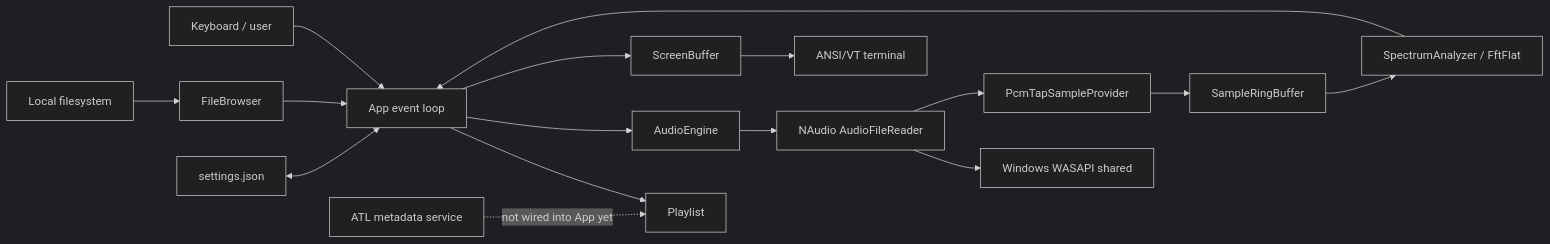
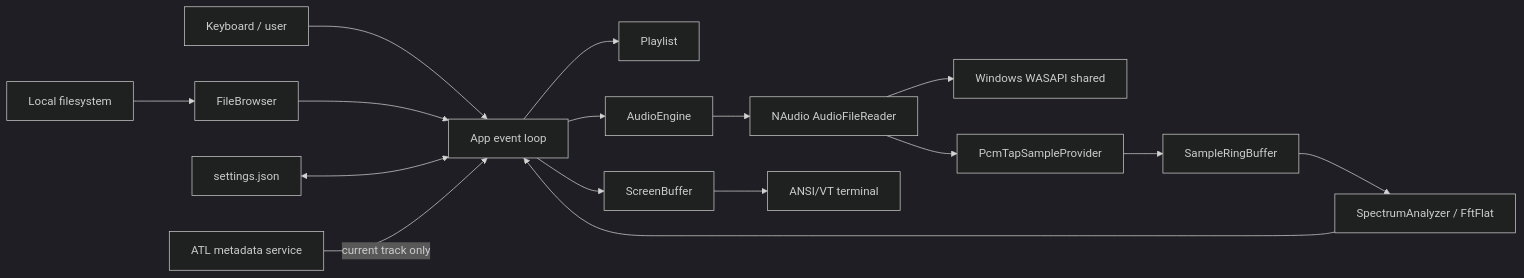
Before and after one commit to Geckon01/YACPlayer: the first of 3 diagrams in docs/ARCHITECTURE.md, drawn with Mermaid (dark theme). The commit also changed other lines of this file and 6 other files, not shown here.

Commit message:
feat(metadata): load tags for the current track

````diff
--- a/docs/ARCHITECTURE.md
+++ b/docs/ARCHITECTURE.md
@@ -23,18 +23,18 @@
 ```mermaid
 flowchart LR
     User["Keyboard / user"] --> App["App event loop"]
     FS["Local filesystem"] --> Browser["FileBrowser"]
     Browser --> App
     App --> Playlist["Playlist"]
     App --> Audio["AudioEngine"]
     Audio --> Reader["NAudio AudioFileReader"]
     Reader --> WASAPI["Windows WASAPI shared"]
     Reader --> Tap["PcmTapSampleProvider"]
     Tap --> Ring["SampleRingBuffer"]
     Ring --> FFT["SpectrumAnalyzer / FftFlat"]
     FFT --> App
     App --> Screen["ScreenBuffer"]
     Screen --> Terminal["ANSI/VT terminal"]
     Settings["settings.json"] <--> App
-    ATL["ATL metadata service"] -. "not wired into App yet" .-> Playlist
+    ATL["ATL metadata service"] -->|"current track only"| App
 ```
````
